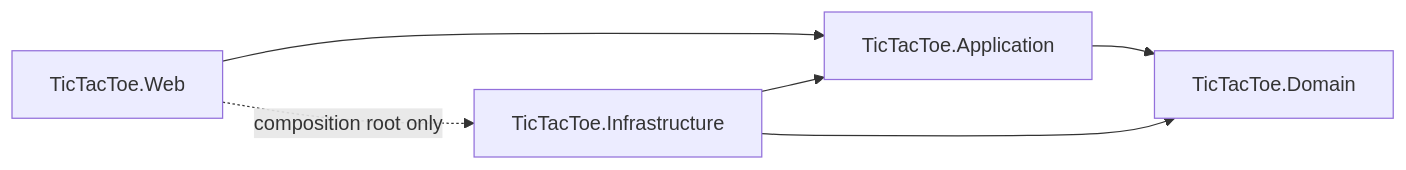
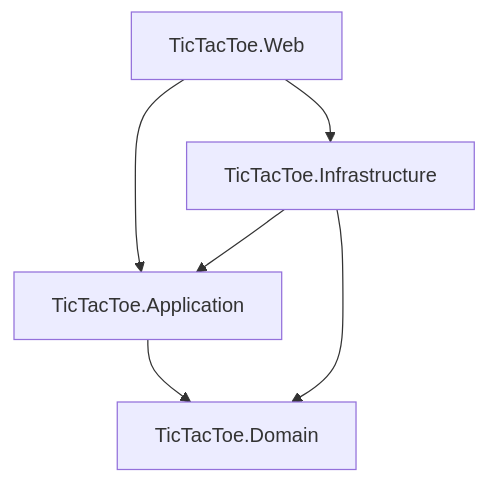
The first of 2 diagrams in docs/Architecture.md (phaticroman/TicTacToe), drawn with Mermaid before and after one commit. The commit also changed other lines of this file and 2 other files, not shown here.

````diff
--- a/docs/Architecture.md
+++ b/docs/Architecture.md
@@ -270,13 +154,13 @@
 ```mermaid
-flowchart LR
-    Web["TicTacToe.Web"]
-    Infra["TicTacToe.Infrastructure"]
-    App["TicTacToe.Application"]
-    Dom["TicTacToe.Domain"]
+graph TD
+    Web[TicTacToe.Web]
+    Infra[TicTacToe.Infrastructure]
+    App[TicTacToe.Application]
+    Domain[TicTacToe.Domain]
 
     Web --> App
-    Web -. composition root only .-> Infra
+    Web --> Infra
     Infra --> App
-    Infra --> Dom
-    App --> Dom
+    Infra --> Domain
+    App --> Domain
 ```
````
